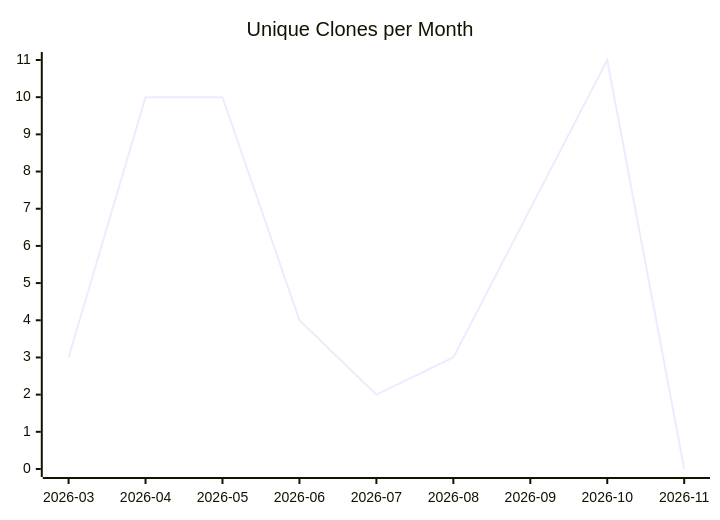
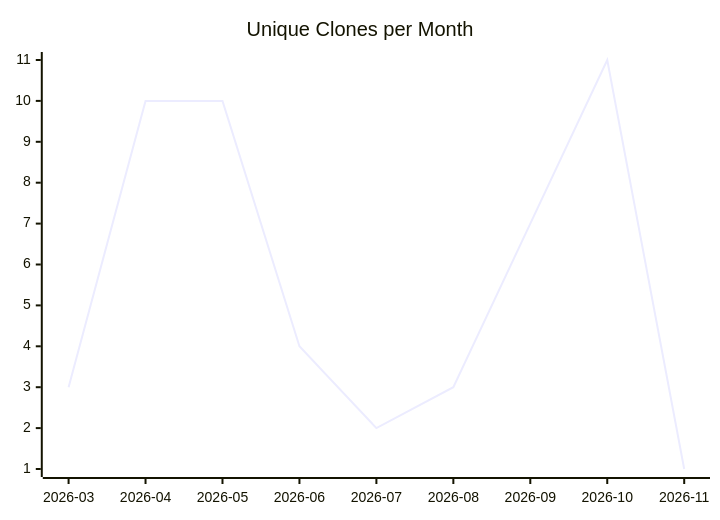
One commit to justdavis-family/github-analytics-data changed the third of 3 diagrams in karlmdavis/stockfighter-trades-solutions/README.md. Above: the diagram before and after it, drawn with Mermaid. The commit also changed other lines of this file and 190 other files, not shown here.

````diff
--- a/karlmdavis/stockfighter-trades-solutions/README.md
+++ b/karlmdavis/stockfighter-trades-solutions/README.md
@@ -19,6 +19,6 @@
 ```mermaid
 xychart-beta
   title "Unique Clones per Month"
   x-axis ["2026-03", "2026-04", "2026-05", "2026-06", "2026-07", "2026-08", "2026-09", "2026-10", "2026-11"]
-  line [3, 10, 10, 4, 2, 3, 7, 11, 0]
+  line [3, 10, 10, 4, 2, 3, 7, 11, 1]
 ```
````
